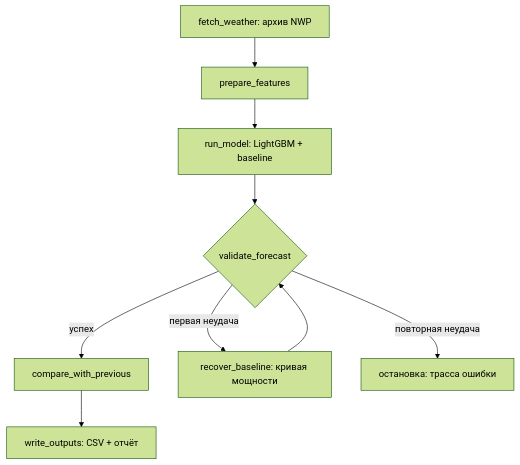
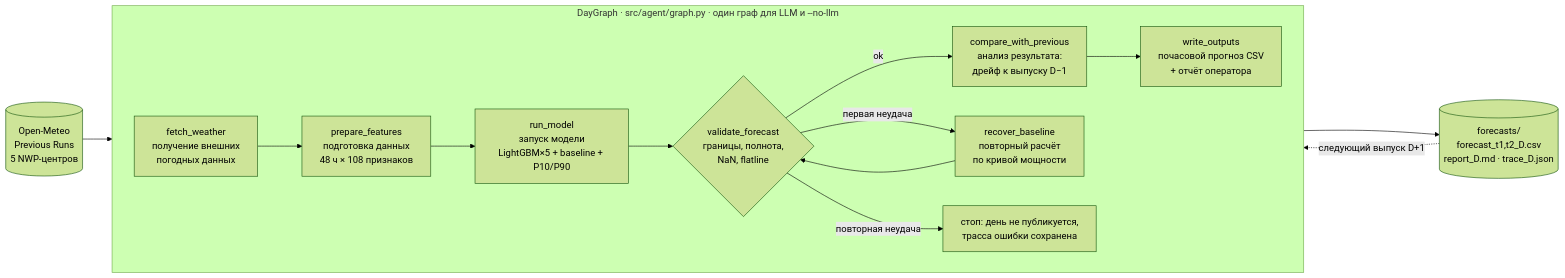
The first of 2 diagrams in README.md (BAITC-Hacks/hack-f0ab74e4-knewit-3), drawn with Mermaid (forest theme) before and after one commit. The commit also changed other lines of this file and 4 other files, not shown here.

````diff
--- a/README.md
+++ b/README.md
@@ -163,11 +271,17 @@
 ```mermaid
-flowchart TD
-    A[fetch_weather: архив NWP] --> B[prepare_features]
-    B --> C[run_model: LightGBM + baseline]
-    C --> D{validate_forecast}
-    D -->|успех| E[compare_with_previous]
-    D -->|первая неудача| R[recover_baseline: кривая мощности]
-    R --> D
-    D -->|повторная неудача| F[остановка: трасса ошибки]
-    E --> G[write_outputs: CSV + отчёт]
+flowchart LR
+    W[("Open-Meteo<br/>Previous Runs<br/>5 NWP-центров")] --> A
+    subgraph DayGraph["DayGraph · src/agent/graph.py · один граф для LLM и --no-llm"]
+        direction LR
+        A["fetch_weather<br/>получение внешних<br/>погодных данных"] --> B["prepare_features<br/>подготовка данных<br/>48 ч × 108 признаков"]
+        B --> C["run_model<br/>запуск модели<br/>LightGBM×5 + baseline + P10/P90"]
+        C --> D{"validate_forecast<br/>границы, полнота,<br/>NaN, flatline"}
+        D -->|ok| E["compare_with_previous<br/>анализ результата:<br/>дрейф к выпуску D−1"]
+        D -->|первая неудача| R["recover_baseline<br/>повторный расчёт<br/>по кривой мощности"]
+        R --> D
+        D -->|повторная неудача| X["стоп: день не публикуется,<br/>трасса ошибки сохранена"]
+        E --> F["write_outputs<br/>почасовой прогноз CSV<br/>+ отчёт оператора"]
+    end
+    F --> O[("forecasts/<br/>forecast_t1,t2_D.csv<br/>report_D.md · trace_D.json")]
+    O -.->|следующий выпуск D+1| A
 ```
````
